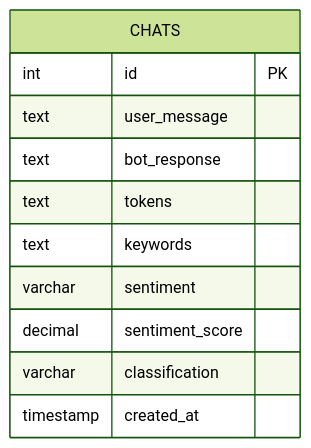
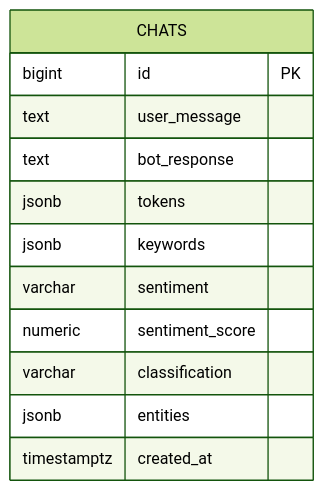
One commit to noobprogrammer333/CS-ELEC changed the diagram in docs/er_diagram.mmd. Above: the diagram before and after it, drawn with Mermaid (forest theme). The commit also changed 21 other files, not shown here.

```diff
--- a/docs/er_diagram.mmd
+++ b/docs/er_diagram.mmd
@@ -1,12 +1,13 @@
 erDiagram
     CHATS {
-        int id PK
+        bigint id PK
         text user_message
         text bot_response
-        text tokens
-        text keywords
+        jsonb tokens
+        jsonb keywords
         varchar sentiment
-        decimal sentiment_score
+        numeric sentiment_score
         varchar classification
-        timestamp created_at
+        jsonb entities
+        timestamptz created_at
     }
```
